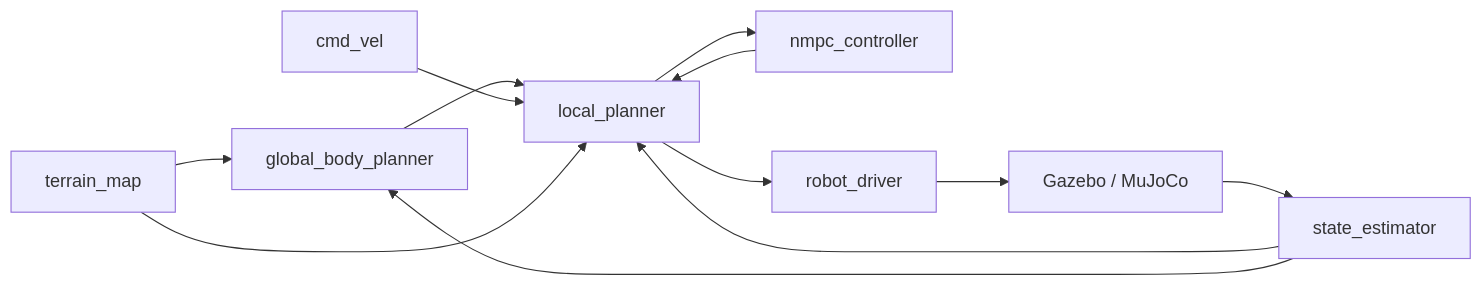
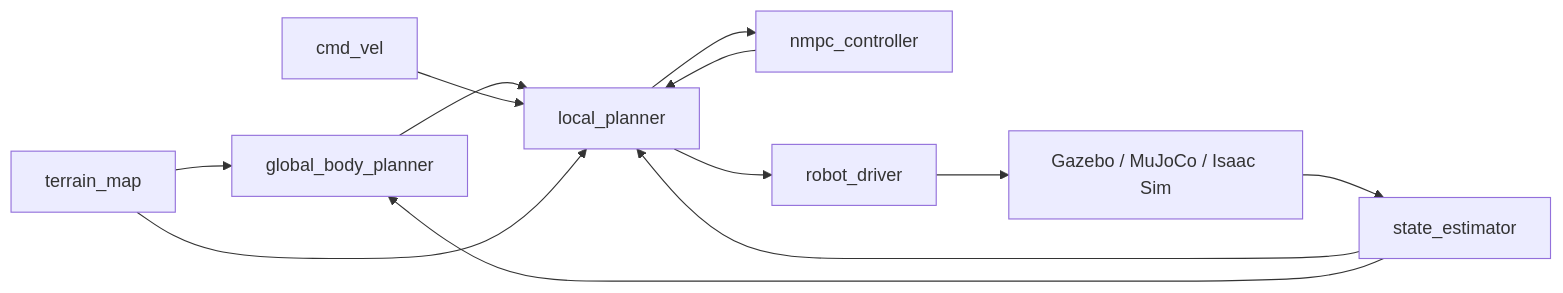
The diagram in docs/getting-started/quickstart.md (robomechanics/quad-sdk), drawn with Mermaid before and after one commit. The commit also changed other lines of this file and 18 other files, not shown here.

````diff
--- a/docs/getting-started/quickstart.md
+++ b/docs/getting-started/quickstart.md
@@ -127,14 +133,14 @@
 ```mermaid
 flowchart LR
   GP[global_body_planner] --> LP[local_planner]
   LP --> NMPC[nmpc_controller]
   NMPC --> LP
   LP --> RD[robot_driver]
-  RD --> SIM[Gazebo / MuJoCo]
+  RD --> SIM[Gazebo / MuJoCo / Isaac Sim]
   SIM --> EST[state_estimator]
   EST --> LP
   EST --> GP
   CMD[cmd_vel] --> LP
   TM[terrain_map] --> GP
   TM --> LP
 ```
````
